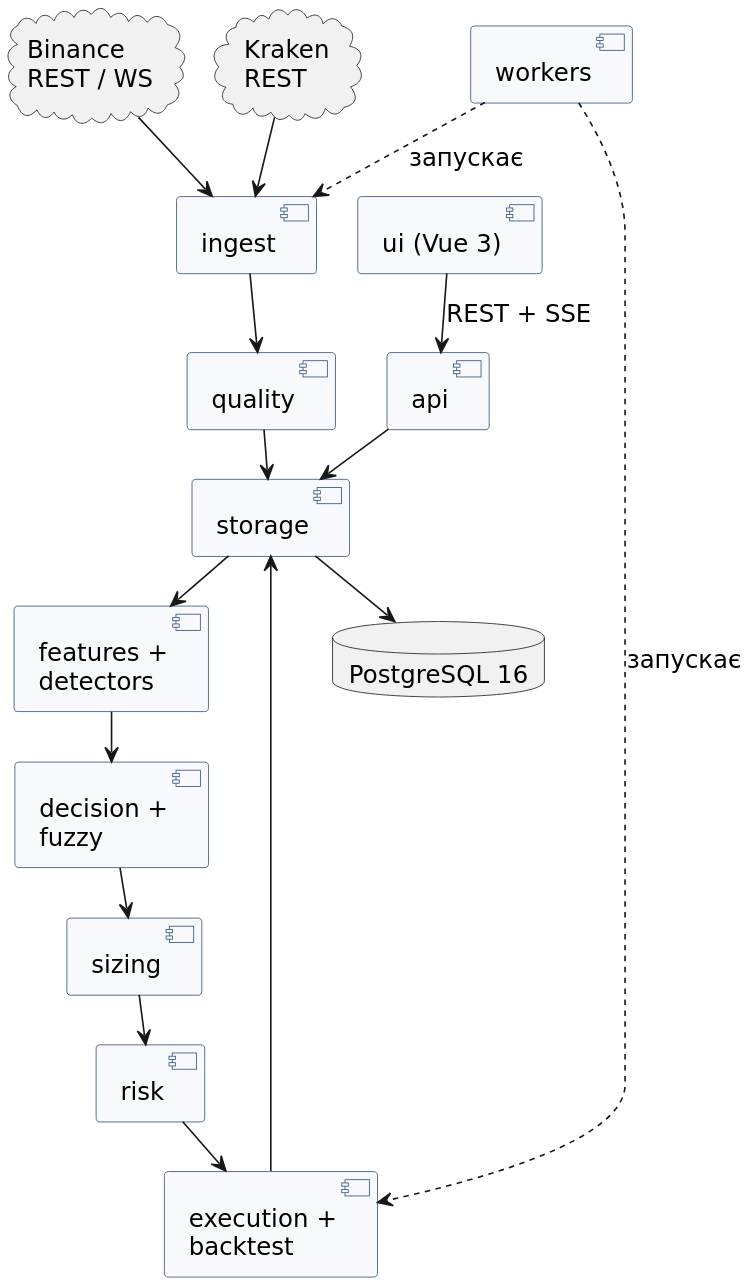
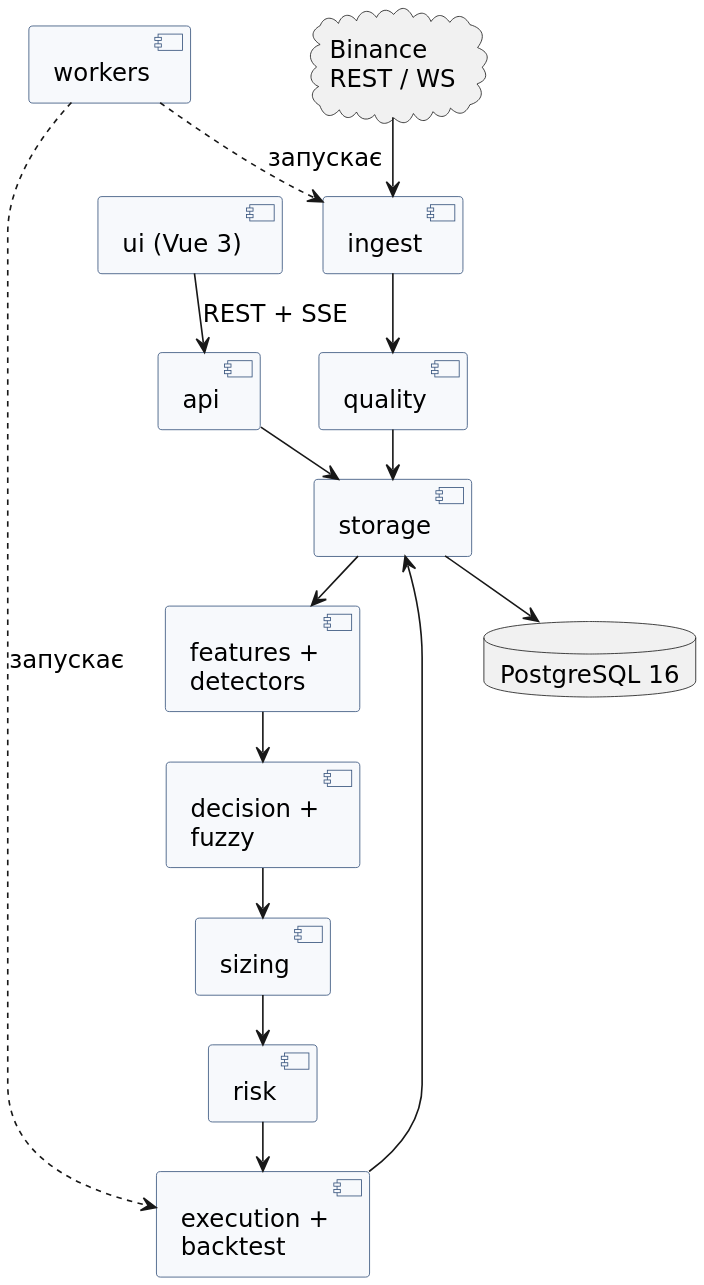
Before and after one commit to AndrZhuk/FuzzHelm: the diagram in docs/diagrams/print/component.puml, drawn with PlantUML. The commit also changed 11 other files, not shown here.

Commit message:
Diagrams: plan and components follow the simplified scope

```diff
--- a/docs/diagrams/print/component.puml
+++ b/docs/diagrams/print/component.puml
@@ -1,43 +1,41 @@
 @startuml
 ' Діаграма компонентів (друкарська версія): пакети src/fuzzhelm і зовнішні системи.
 ' Автор: Андрій Жук, 2026.
 skinparam dpi 200
 skinparam defaultFontName "DejaVu Sans"
 skinparam defaultFontSize 15
 skinparam component {
   BackgroundColor #F7F9FC
   BorderColor #33507A
 }
 skinparam ranksep 30
 skinparam nodesep 25
 top to bottom direction
 cloud "Binance\nREST / WS" as BIN
-cloud "Kraken\nREST" as KRA
 database "PostgreSQL 16" as PG
 component "ingest" as ING
 component "quality" as QUA
 component "storage" as STO
 component "features +\ndetectors" as DET
 component "decision +\nfuzzy" as FUZ
 component "sizing" as SIZ
 component "risk" as RISK
 component "execution +\nbacktest" as EXE
 component "api" as API
 component "workers" as WRK
 component "ui (Vue 3)" as UI
 BIN --> ING
-KRA --> ING
 ING --> QUA
 QUA --> STO
 STO --> PG
 STO --> DET
 DET --> FUZ
 FUZ --> SIZ
 SIZ --> RISK
 RISK --> EXE
 EXE --> STO
 WRK ..> ING : запускає
 WRK ..> EXE : запускає
 API --> STO
 UI --> API : REST + SSE
 @enduml
```
